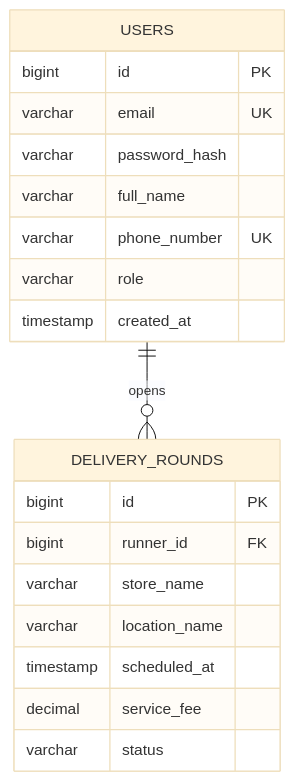
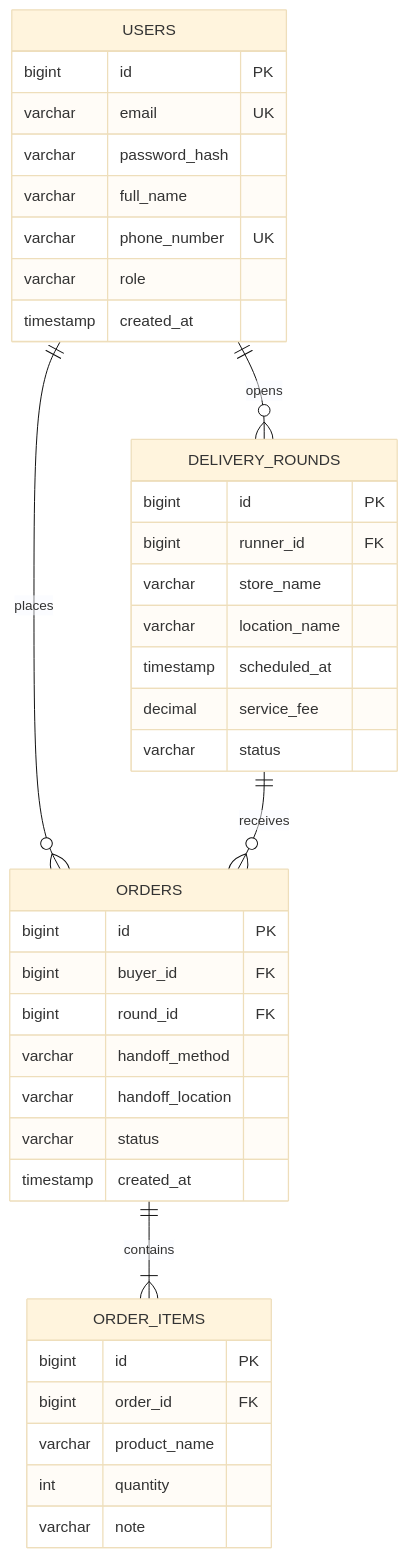
One commit to BlackyB0o/CS261_650001_group5 changed the diagram in docs/database/ERD.md. Above: the diagram before and after it, drawn with Mermaid (base theme).

Commit message:
add initial ERD for task 16

````diff
--- a/docs/database/ERD.md
+++ b/docs/database/ERD.md
@@ -5,27 +5,52 @@
 ```mermaid
 erDiagram
     %% Task 08 - เปิดรอบรับหิ้ว
     USERS ||--o{ DELIVERY_ROUNDS : opens
+    
+    %% Task 16 - ความสัมพันธ์ของรายการสั่งซื้อ
+    USERS ||--o{ ORDERS : places
+    DELIVERY_ROUNDS ||--o{ ORDERS : receives
+    ORDERS ||--|{ ORDER_ITEMS : contains
     
     %% Task 04 - ลงทะเบียนหรือเข้าสู่ระบบ
     USERS {
         bigint id PK
         varchar email UK
         varchar password_hash
         varchar full_name
         varchar phone_number UK
         varchar role
         timestamp created_at
     }
 
     %% Task 08 - เปิดรอบรับหิ้ว
     DELIVERY_ROUNDS {
         bigint id PK
         bigint runner_id FK
         varchar store_name
         varchar location_name
         timestamp scheduled_at
         decimal service_fee
         varchar status
     }
+
+    %% Task 16 - ฝากซื้อสินค้า/อาหาร
+    ORDERS {
+        bigint id PK
+        bigint buyer_id FK
+        bigint round_id FK
+        varchar handoff_method
+        varchar handoff_location
+        varchar status
+        timestamp created_at
+    }
+
+    %% Task 16 - รายการสินค้าในคำสั่งซื้อ
+    ORDER_ITEMS {
+        bigint id PK
+        bigint order_id FK
+        varchar product_name
+        int quantity
+        varchar note
+    }
 ```
````
